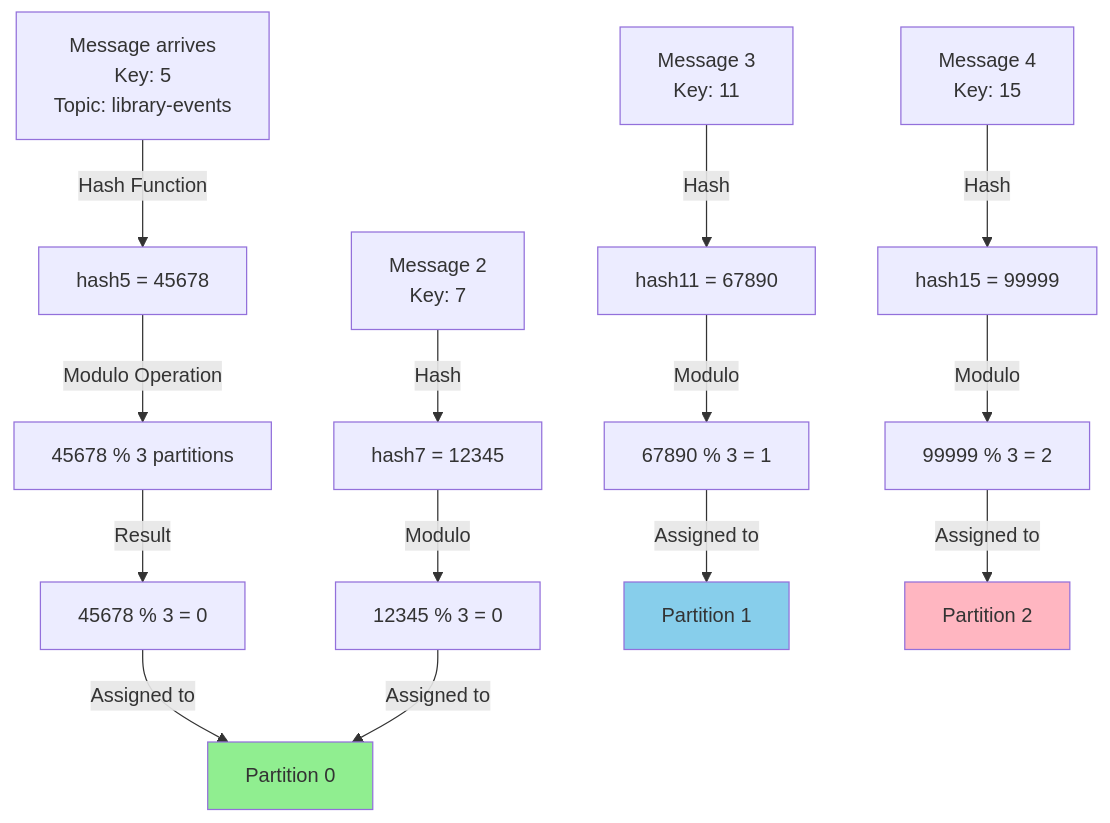
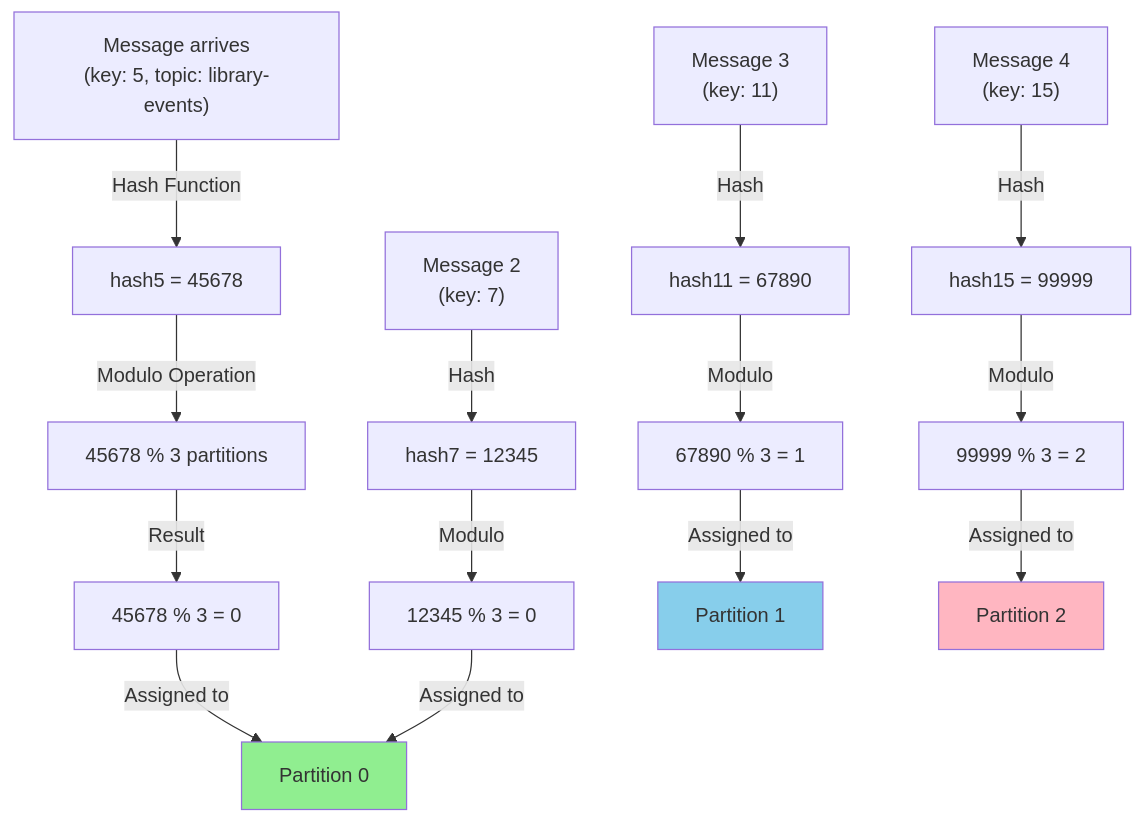
One commit to dilipsundarraj1/kafka-for-developers-using-spring-boot-v2 changed the seventh of 18 diagrams in library-events-producer-v2/docs/4_KAFKA_TEMPLATE_GUIDE.md. Above: the diagram before and after it, drawn with Mermaid. The commit also changed other lines of this file and 2 other files, not shown here.

Commit message:
feat: update project name to library-events-consumer-v2 and add Kafka error handling documentation

````diff
--- a/library-events-producer-v2/docs/4_KAFKA_TEMPLATE_GUIDE.md
+++ b/library-events-producer-v2/docs/4_KAFKA_TEMPLATE_GUIDE.md
@@ -1622,23 +1886,23 @@
 ```mermaid
 graph TB
-    A["Message arrives<br/>Key: 5<br/>Topic: library-events"] -->|Hash Function| B["hash5 = 45678"]
+    A["Message arrives<br/>(key: 5, topic: library-events)"] -->|Hash Function| B["hash5 = 45678"]
     B -->|Modulo Operation| C["45678 % 3 partitions"]
     C -->|Result| D["45678 % 3 = 0"]
     D -->|Assigned to| E["Partition 0"]
     
-    F["Message 2<br/>Key: 7"] -->|Hash| G["hash7 = 12345"]
+    F["Message 2<br/>(key: 7)"] -->|Hash| G["hash7 = 12345"]
     G -->|Modulo| H["12345 % 3 = 0"]
     H -->|Assigned to| E
     
-    I["Message 3<br/>Key: 11"] -->|Hash| J["hash11 = 67890"]
+    I["Message 3<br/>(key: 11)"] -->|Hash| J["hash11 = 67890"]
     J -->|Modulo| K["67890 % 3 = 1"]
     K -->|Assigned to| L["Partition 1"]
     
-    M["Message 4<br/>Key: 15"] -->|Hash| N["hash15 = 99999"]
+    M["Message 4<br/>(key: 15)"] -->|Hash| N["hash15 = 99999"]
     N -->|Modulo| O["99999 % 3 = 2"]
     O -->|Assigned to| P["Partition 2"]
     
     style E fill:#90EE90
     style L fill:#87CEEB
     style P fill:#FFB6C1
 ```
````
